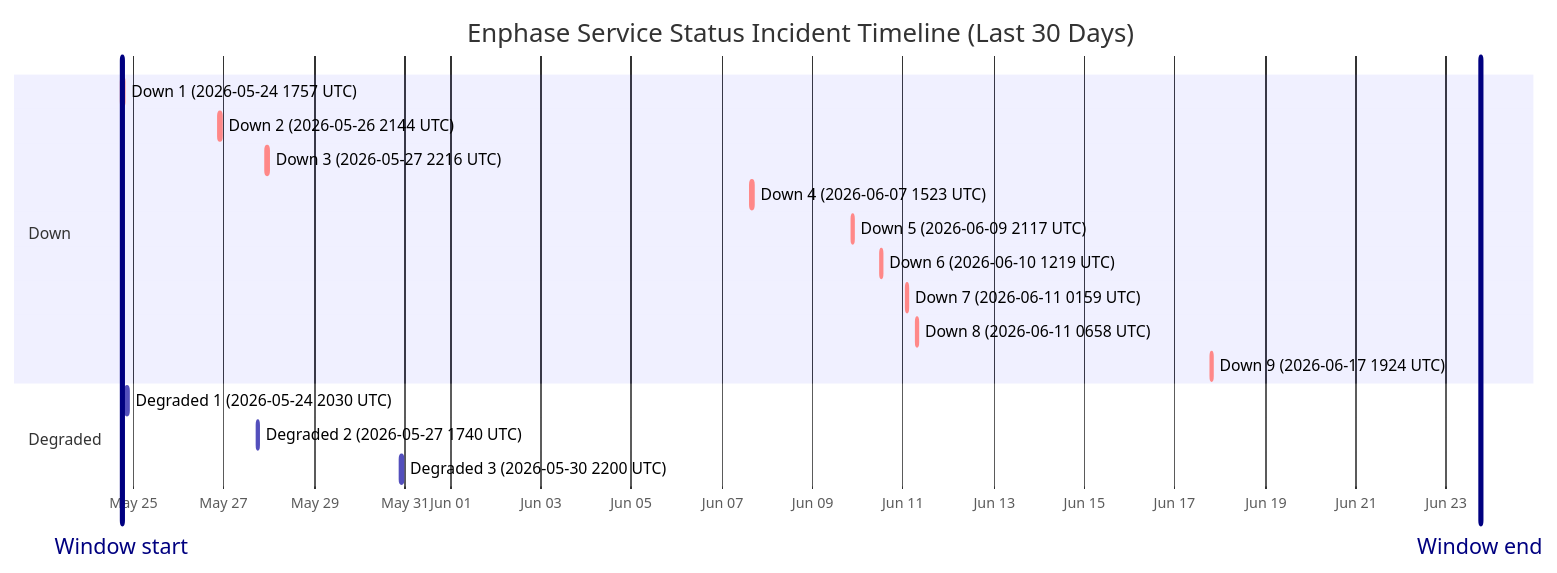
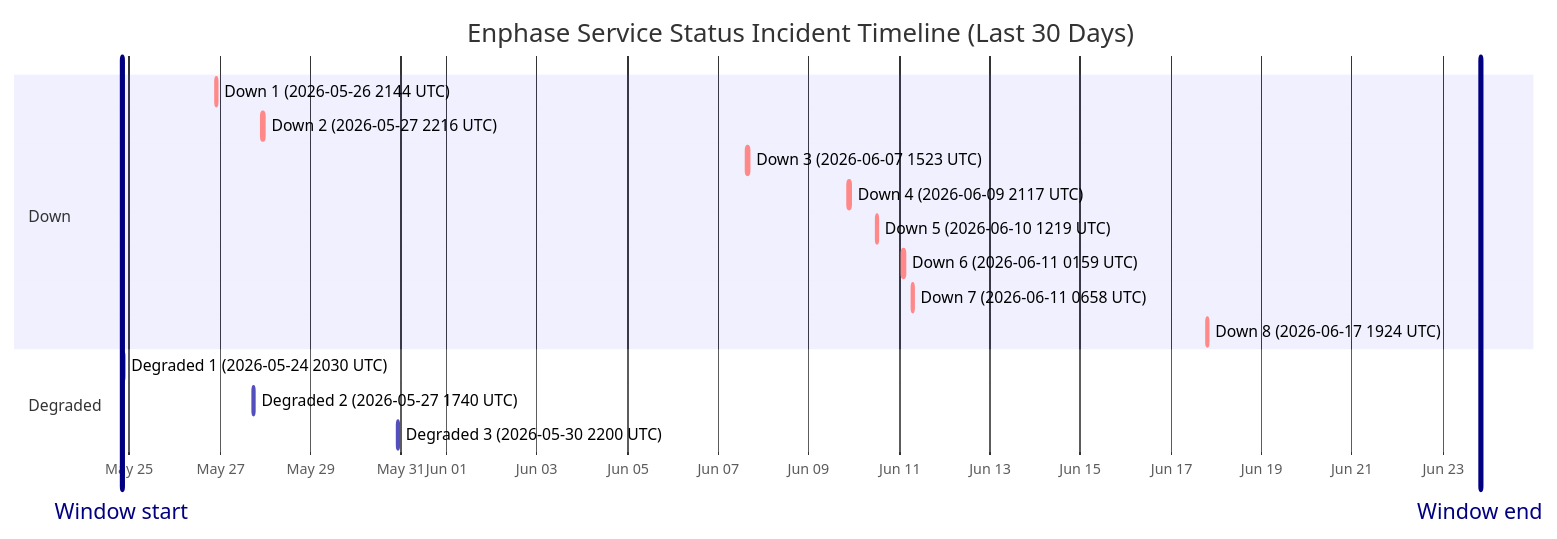
One commit to barneyonline/ha-enphase-energy changed the diagram in wiki/Service-Status-History.md. Above: the diagram before and after it, drawn with Mermaid. The commit also changed other lines of this file and 3 other files, not shown here.

````diff
--- a/wiki/Service-Status-History.md
+++ b/wiki/Service-Status-History.md
@@ -14,22 +14,21 @@
 ```mermaid
 gantt
     title Enphase Service Status Incident Timeline (Last 30 Days)
     dateFormat  YYYY-MM-DDTHH:mm:ss
     axisFormat  %b %d
-    Window start :vert, window-start, 2026-05-24T17:52:40, 0ms
-    Window end :vert, window-end, 2026-06-23T17:52:40, 0ms
+    Window start :vert, window-start, 2026-05-24T20:02:14, 0ms
+    Window end :vert, window-end, 2026-06-23T20:02:14, 0ms
     section Down
-    Down 1 (2026-05-24 1757 UTC) :crit, down-1, 2026-05-24T17:57:41, 86m
-    Down 2 (2026-05-26 2144 UTC) :crit, down-2, 2026-05-26T21:44:11, 85m
-    Down 3 (2026-05-27 2216 UTC) :crit, down-3, 2026-05-27T22:16:53, 87m
-    Down 4 (2026-06-07 1523 UTC) :crit, down-4, 2026-06-07T15:23:22, 87m
-    Down 5 (2026-06-09 2117 UTC) :crit, down-5, 2026-06-09T21:17:17, 60m
-    Down 6 (2026-06-10 1219 UTC) :crit, down-6, 2026-06-10T12:19:21, 60m
-    Down 7 (2026-06-11 0159 UTC) :crit, down-7, 2026-06-11T01:59:36, 60m
-    Down 8 (2026-06-11 0658 UTC) :crit, down-8, 2026-06-11T06:58:45, 60m
-    Down 9 (2026-06-17 1924 UTC) :crit, down-9, 2026-06-17T19:24:51, 60m
+    Down 1 (2026-05-26 2144 UTC) :crit, down-1, 2026-05-26T21:44:11, 85m
+    Down 2 (2026-05-27 2216 UTC) :crit, down-2, 2026-05-27T22:16:53, 87m
+    Down 3 (2026-06-07 1523 UTC) :crit, down-3, 2026-06-07T15:23:22, 87m
+    Down 4 (2026-06-09 2117 UTC) :crit, down-4, 2026-06-09T21:17:17, 60m
+    Down 5 (2026-06-10 1219 UTC) :crit, down-5, 2026-06-10T12:19:21, 60m
+    Down 6 (2026-06-11 0159 UTC) :crit, down-6, 2026-06-11T01:59:36, 60m
+    Down 7 (2026-06-11 0658 UTC) :crit, down-7, 2026-06-11T06:58:45, 60m
+    Down 8 (2026-06-17 1924 UTC) :crit, down-8, 2026-06-17T19:24:51, 60m
     section Degraded
     Degraded 1 (2026-05-24 2030 UTC) :active, degraded-1, 2026-05-24T20:30:57, 84m
     Degraded 2 (2026-05-27 1740 UTC) :active, degraded-2, 2026-05-27T17:40:52, 60m
     Degraded 3 (2026-05-30 2200 UTC) :active, degraded-3, 2026-05-30T22:00:37, 60m
 ```
````
